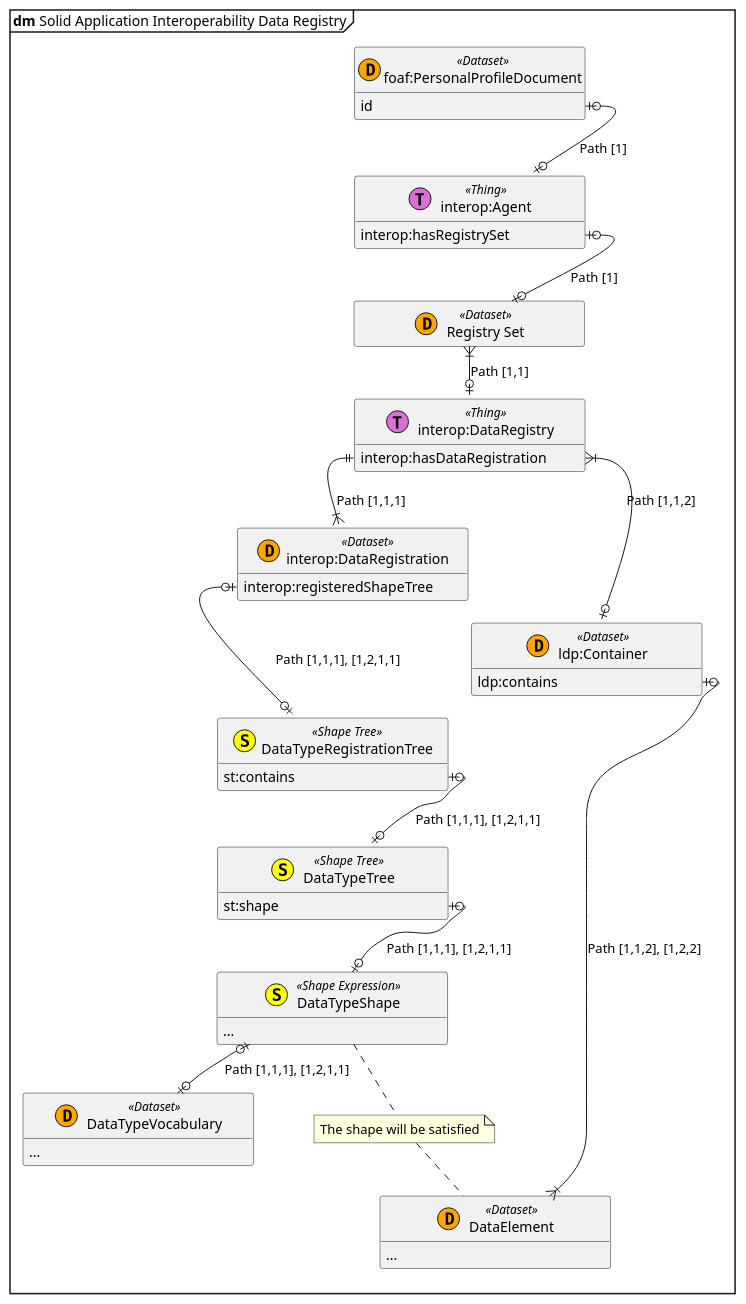
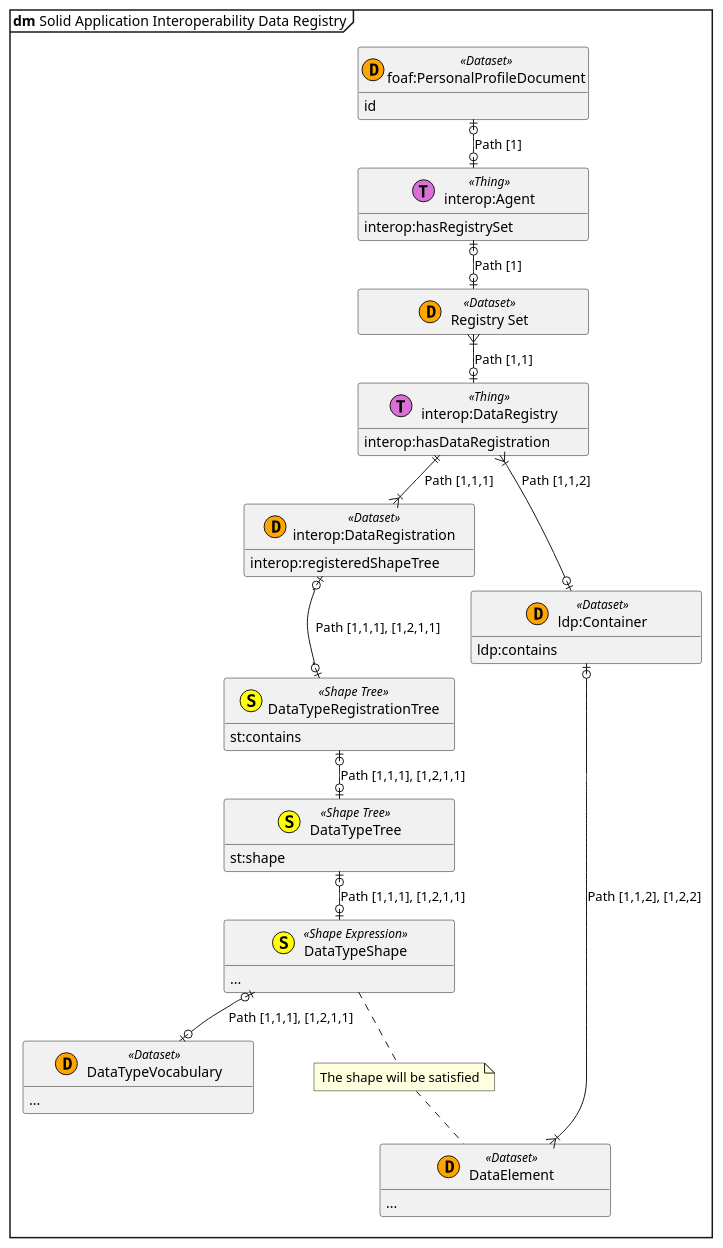
Before and after one commit to guddii/SEACT: the diagram in docs/resources/diagrams/dm_Interop.puml, drawn with PlantUML. The commit also changed 7557 other files, not shown here.

```diff
--- a/docs/resources/diagrams/dm_Interop.puml
+++ b/docs/resources/diagrams/dm_Interop.puml
@@ -1,58 +1,57 @@
 @startuml
 top to bottom direction
 hide empty members
 skinparam nodesep 60
 skinparam ranksep 30
 skinparam SameClassWidth true
 
 mainframe **dm** Solid Application Interoperability Data Registry
 
 entity "foaf:PersonalProfileDocument" as WebID_DPC << (D,orange) Dataset >> {
     id
 }
 entity "interop:Agent" as SocialAgent << (T,orchid) Thing >> {
     interop:hasRegistrySet
 }
 entity "Registry Set" as RegistrySet << (D,orange) Dataset >> {
 }
 entity "interop:DataRegistry" as DataRegistry << (T,orchid) Thing >> {
     interop:hasDataRegistration
 }
 entity "interop:DataRegistration" as DataRegistration << (D,orange) Dataset >> {
     interop:registeredShapeTree
 }
 entity "ldp:Container" as Container2 << (D,orange) Dataset >> {
     ldp:contains
 }
 entity "DataElement" as DataElement << (D,orange) Dataset >>{
     ...
 }
 entity "DataTypeRegistrationTree" as DataTypeRegistrationTree << (S,yellow) Shape Tree >> {
     st:contains
 }
 entity "DataTypeTree" as DataTypeTree << (S,yellow) Shape Tree >> {
     st:shape
 }
 entity "DataTypeShape" as DataTypeShape << (S,yellow) Shape Expression >> {
     ...
 }
 entity "DataTypeVocabulary" as DataTypeVocabulary << (D,orange) Dataset >> {
     ...
 }
 
-
-WebID_DPC::id                           |o-down-o|          SocialAgent                 : Path [1]
-SocialAgent::hasRegistrySet             |o-down-o|          RegistrySet                 : Path [1]
-RegistrySet                             }|-down-o|          DataRegistry                : Path [1,1]
-DataRegistry::hasDataRegistration       ||-down-|{          DataRegistration            : Path [1,1,1]
-DataRegistration::registeredShapeTree   |o-down-o|          DataTypeRegistrationTree   : Path [1,1,1], [1,2,1,1]
-DataTypeRegistrationTree::contains      |o-down-o|          DataTypeTree               : Path [1,1,1], [1,2,1,1]
-DataTypeTree::shape                     |o-down-o|          DataTypeShape              : Path [1,1,1], [1,2,1,1]
-DataTypeShape                           |o-down-o|          DataTypeVocabulary         : Path [1,1,1], [1,2,1,1]
-DataRegistry::hasDataRegistration       }|-down-o|          Container2                  : Path [1,1,2]
-Container2::contains                    |o-down-|{          DataElement                   : Path [1,1,2], [1,2,2]
+WebID_DPC                   |o-down-o|          SocialAgent                 : Path [1]
+SocialAgent                 |o-down-o|          RegistrySet                 : Path [1]
+RegistrySet                 }|-down-o|          DataRegistry                : Path [1,1]
+DataRegistry                ||-down-|{          DataRegistration            : Path [1,1,1]
+DataRegistration            |o-down-o|          DataTypeRegistrationTree   : Path [1,1,1], [1,2,1,1]
+DataTypeRegistrationTree    |o-down-o|          DataTypeTree               : Path [1,1,1], [1,2,1,1]
+DataTypeTree                |o-down-o|          DataTypeShape              : Path [1,1,1], [1,2,1,1]
+DataTypeShape               |o-down-o|          DataTypeVocabulary         : Path [1,1,1], [1,2,1,1]
+DataRegistry                }|-down-o|          Container2                  : Path [1,1,2]
+Container2                  |o-down-|{          DataElement                   : Path [1,1,2], [1,2,2]
 
 note "The shape will be satisfied" as Note
 DataTypeShape .. Note
 Note .. DataElement
 @enduml
```
